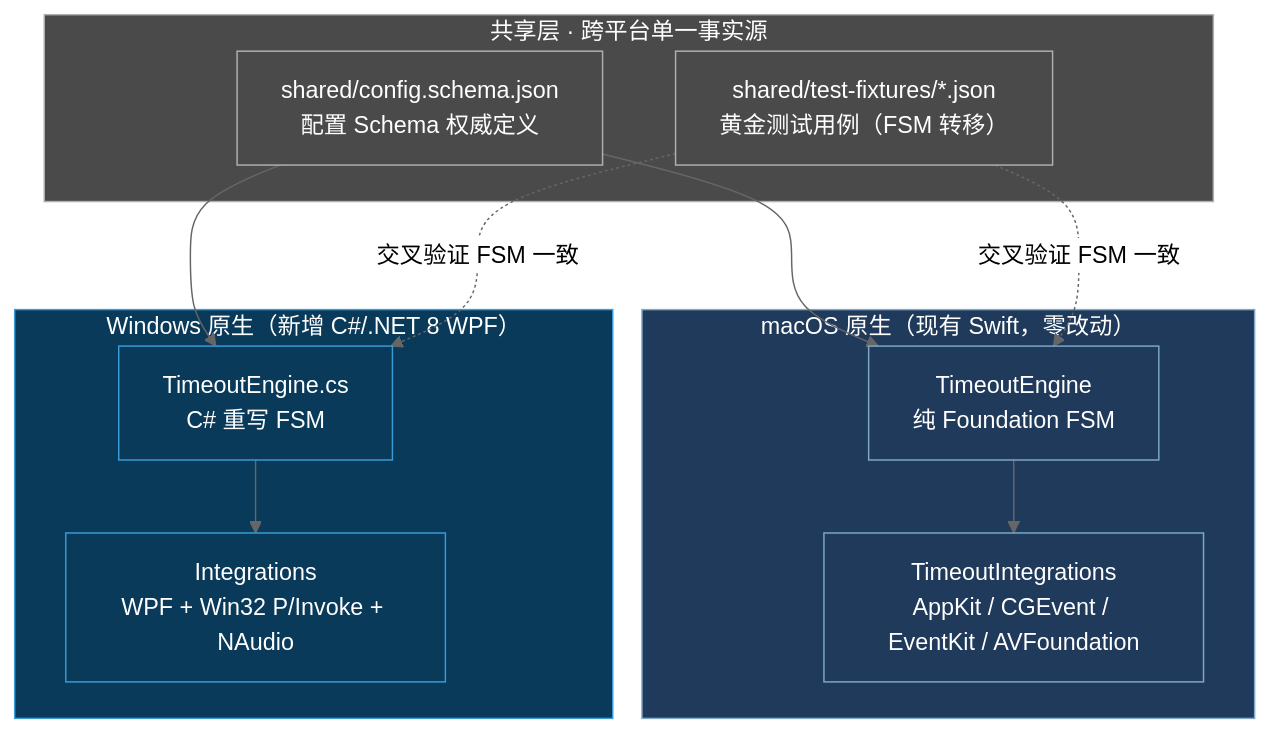
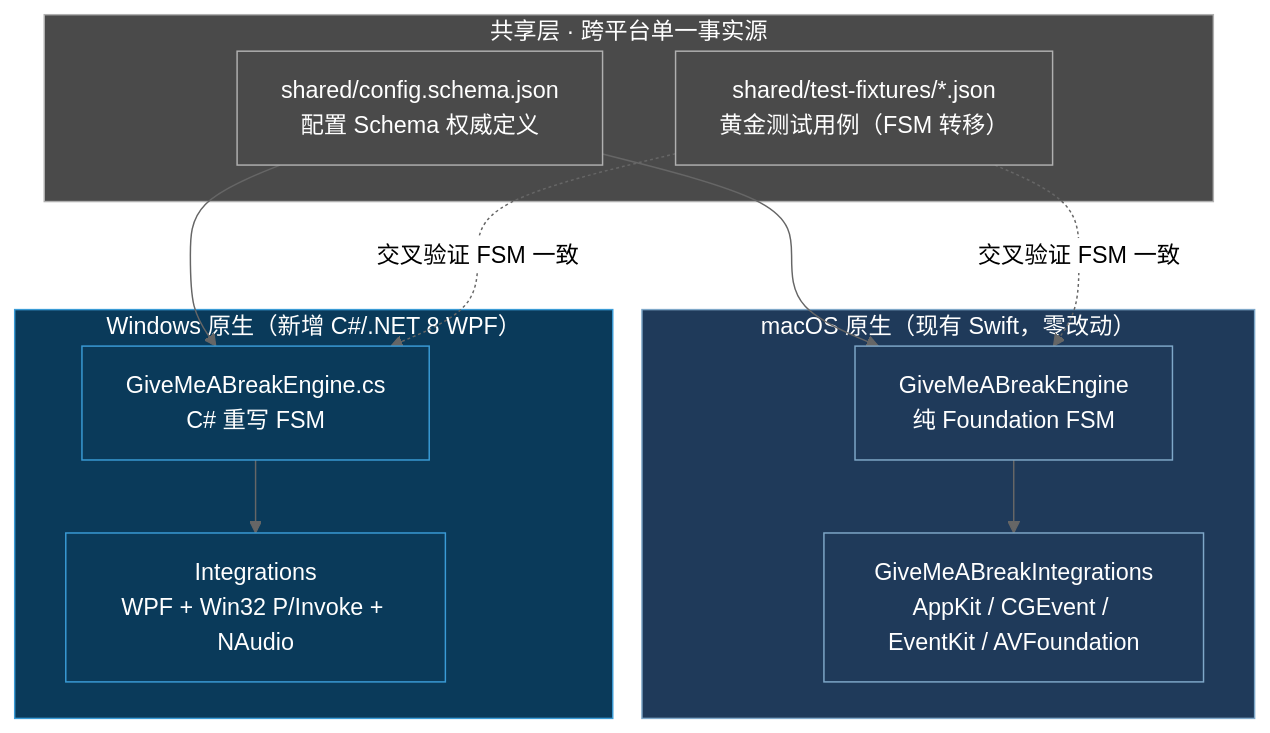
The first of 3 diagrams in docs/windows-port-design.md (ThreeFish-AI/timeout), drawn with Mermaid (neutral theme) before and after one commit. The commit also changed other lines of this file and 190 other files, not shown here.

First line of the commit message:
refactor(rename): 项目更名 Timeout → Give me a break（macOS+Windows 全链路联动） (#11)

````diff
--- a/docs/windows-port-design.md
+++ b/docs/windows-port-design.md
@@ -62,25 +62,25 @@
 ```mermaid
 flowchart TB
     subgraph Shared["共享层 · 跨平台单一事实源"]
         SCHEMA["shared/config.schema.json<br/>配置 Schema 权威定义"]
         FIX["shared/test-fixtures/*.json<br/>黄金测试用例（FSM 转移）"]
     end
     subgraph Mac["macOS 原生（现有 Swift，零改动）"]
-        EM["TimeoutEngine<br/>纯 Foundation FSM"]
-        IM["TimeoutIntegrations<br/>AppKit / CGEvent / EventKit / AVFoundation"]
+        EM["GiveMeABreakEngine<br/>纯 Foundation FSM"]
+        IM["GiveMeABreakIntegrations<br/>AppKit / CGEvent / EventKit / AVFoundation"]
     end
     subgraph Win["Windows 原生（新增 C#/.NET 8 WPF）"]
-        EW["TimeoutEngine.cs<br/>C# 重写 FSM"]
+        EW["GiveMeABreakEngine.cs<br/>C# 重写 FSM"]
         IW["Integrations<br/>WPF + Win32 P/Invoke + NAudio"]
     end
     SCHEMA --> EM & EW
     FIX -.->|交叉验证 FSM 一致| EM & EW
     EM --> IM
     EW --> IW
     classDef shared fill:#4a4a4a,color:#fff,stroke:#b0b0b0
     classDef mac fill:#1f3a5a,color:#fff,stroke:#7fa8c9
     classDef win fill:#0a3a5a,color:#fff,stroke:#3a9bd6
     class Shared,SCHEMA,FIX shared
     class Mac,EM,IM mac
     class Win,EW,IW win
 ```
````
